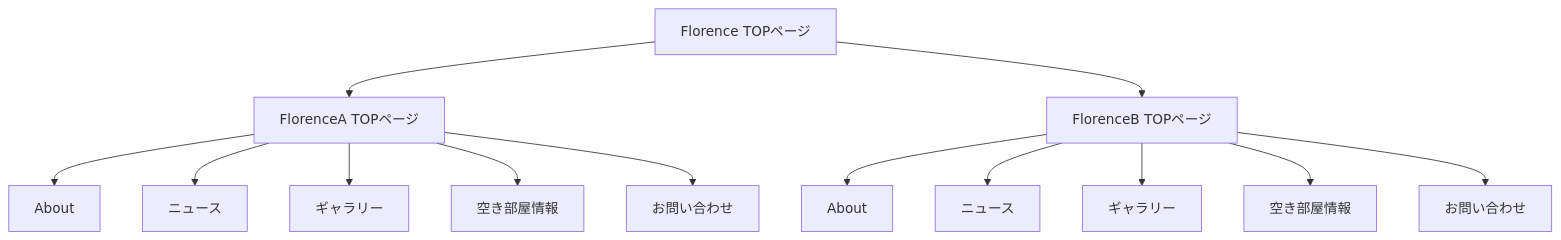
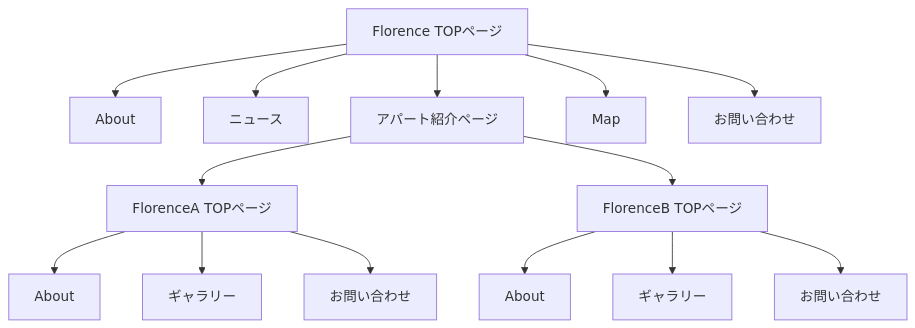
One commit to pau12377/Florence changed the diagram in README.md. Above: the diagram before and after it, drawn with Mermaid. The commit also changed other lines of this file, not shown here.

````diff
--- a/README.md
+++ b/README.md
@@ -25,33 +16,37 @@
 ```mermaid
   graph TD;
   A[FlorenceA TOPページ]
   B[About]
-  C[ニュース]
   D[ギャラリー]
-  E[空き部屋情報]
   F[お問い合わせ]
 
   G[FlorenceB TOPページ]
   H[About]
-  I[ニュース]
   J[ギャラリー]
-  K[空き部屋情報]
   L[お問い合わせ]
 
   M[Florence TOPページ]
+  N[About]
+  I[ニュース]
+  Q[アパート紹介ページ]
+  O[Map]
+  P[お問い合わせ]
+  
+
 
       A-->B;
-      A-->C;
       A-->D;
-      A-->E;
       A-->F;
       
       G-->H;
-      G-->I;
       G-->J;
-      G-->K;
       G-->L;
 
-      M-->A;
-      M-->G;
+      M-->Q;
+      M-->N;
+      M-->I;
+      M-->O;
+      M-->P;
+      Q-->A;
+      Q-->G;
 ```
````
